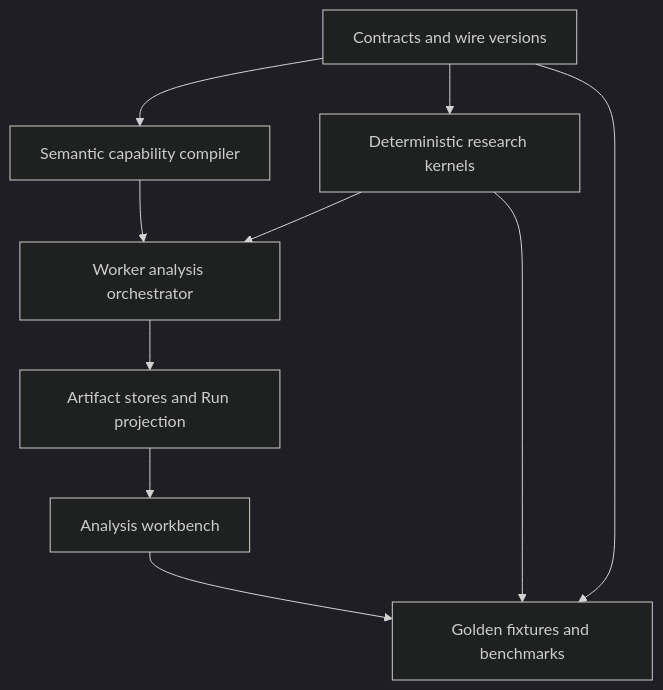
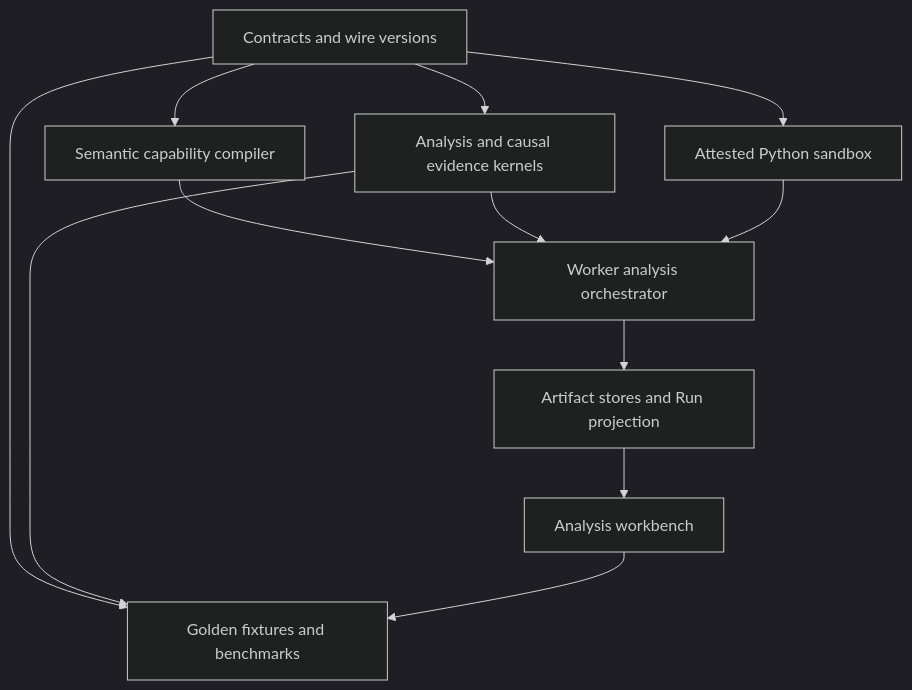
One commit to LienJack/data-agent changed the third of 4 diagrams in docs/plans/2026-08-22-003-feat-ontology-grounded-deterministic-analysis-plan.md. Above: the diagram before and after it, drawn with Mermaid (dark theme). The commit also changed other lines of this file, not shown here.

Commit message:
docs: expand automatic analysis and root cause plan

````diff
--- a/docs/plans/2026-08-22-003-feat-ontology-grounded-deterministic-analysis-plan.md
+++ b/docs/plans/2026-08-22-003-feat-ontology-grounded-deterministic-analysis-plan.md
@@ -682,12 +1071,14 @@
 ```mermaid
 flowchart TB
   Contracts[Contracts and wire versions] --> Semantic[Semantic capability compiler]
-  Contracts --> Research[Deterministic research kernels]
+  Contracts --> Research[Analysis and causal evidence kernels]
+  Contracts --> Sandbox[Attested Python sandbox]
   Semantic --> Worker[Worker analysis orchestrator]
   Research --> Worker
+  Sandbox --> Worker
   Worker --> Platform[Artifact stores and Run projection]
   Platform --> Web[Analysis workbench]
   Contracts --> Evals[Golden fixtures and benchmarks]
   Research --> Evals
   Web --> Evals
 ```
````
